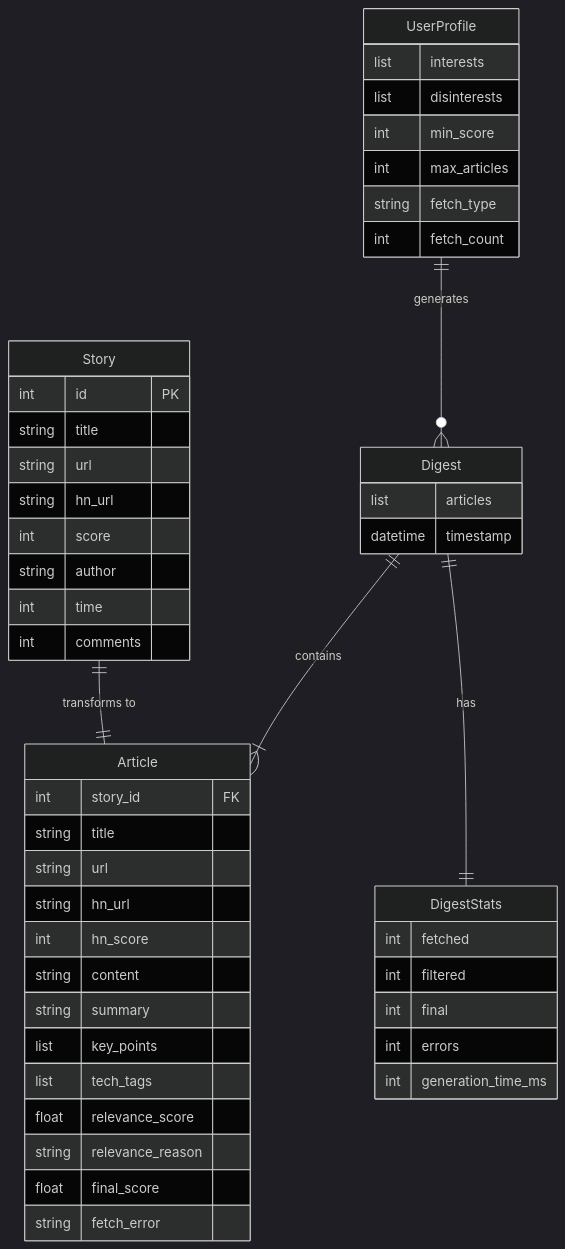
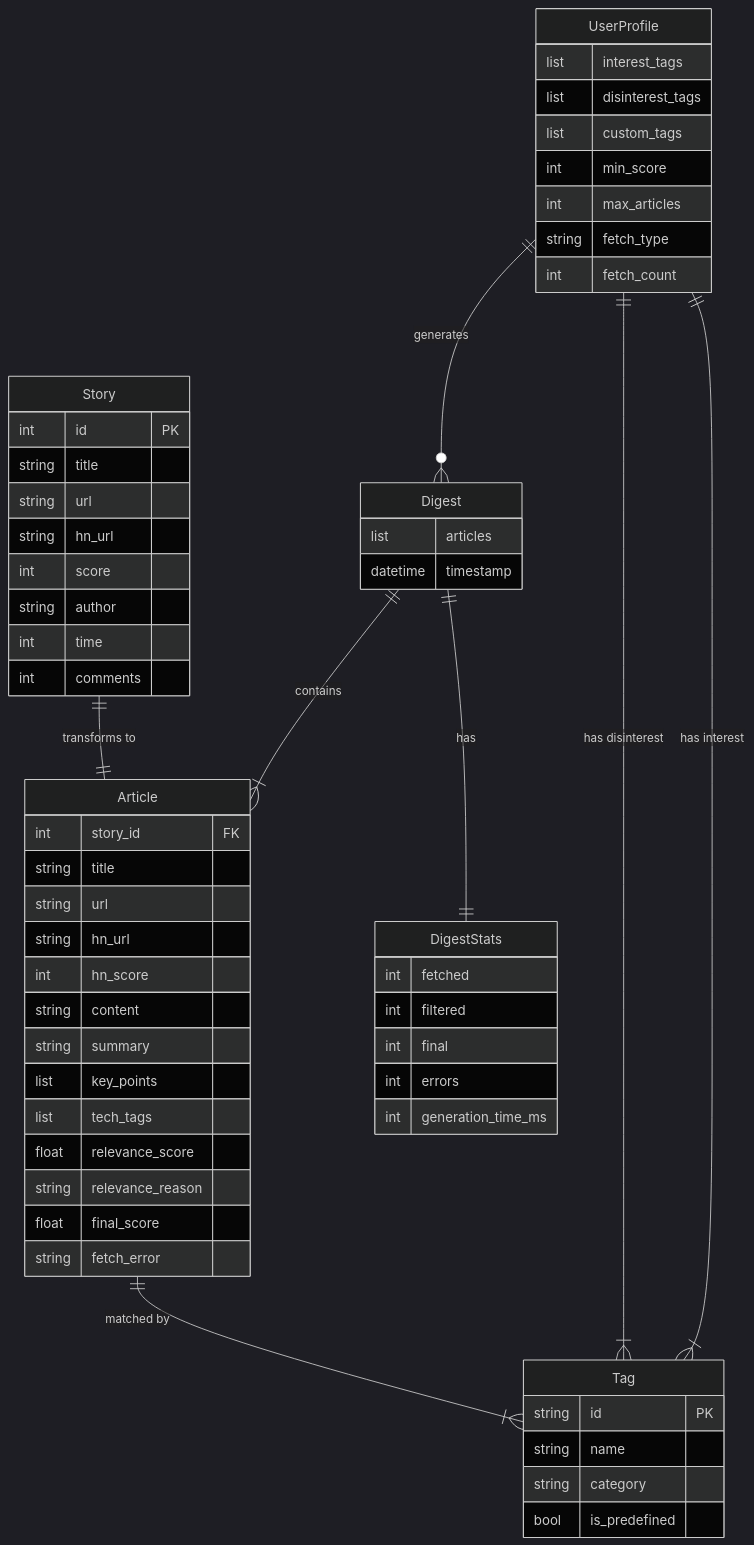
The third of 4 diagrams in docs/architecture.md (darth-dodo/hn-herald), drawn with Mermaid (dark theme) before and after one commit. The commit also changed other lines of this file and 1 other file, not shown here.

First line of the commit message:
Add tag-based interests and privacy-first principles

````diff
--- a/docs/architecture.md
+++ b/docs/architecture.md
@@ -223,56 +223,67 @@
 ```mermaid
 erDiagram
     UserProfile ||--o{ Digest : generates
+    UserProfile ||--|{ Tag : "has interest"
+    UserProfile ||--|{ Tag : "has disinterest"
     Digest ||--|{ Article : contains
     Digest ||--|| DigestStats : has
     Story ||--|| Article : "transforms to"
+    Article ||--|{ Tag : "matched by"
+
+    Tag {
+        string id PK
+        string name
+        string category
+        bool is_predefined
+    }
 
     UserProfile {
-        list interests
-        list disinterests
+        list interest_tags
+        list disinterest_tags
+        list custom_tags
         int min_score
         int max_articles
         string fetch_type
         int fetch_count
     }
 
     Story {
         int id PK
         string title
         string url
         string hn_url
         int score
         string author
         int time
         int comments
     }
 
     Article {
         int story_id FK
         string title
         string url
         string hn_url
         int hn_score
         string content
         string summary
         list key_points
         list tech_tags
         float relevance_score
         string relevance_reason
         float final_score
         string fetch_error
     }
 
     Digest {
         list articles
         datetime timestamp
     }
 
     DigestStats {
         int fetched
         int filtered
         int final
         int errors
         int generation_time_ms
     }
 ```
````
